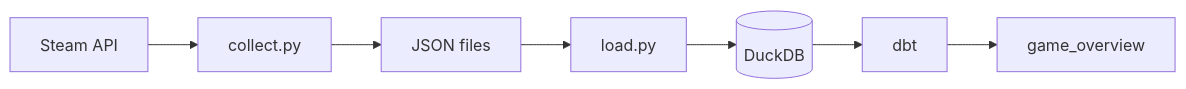
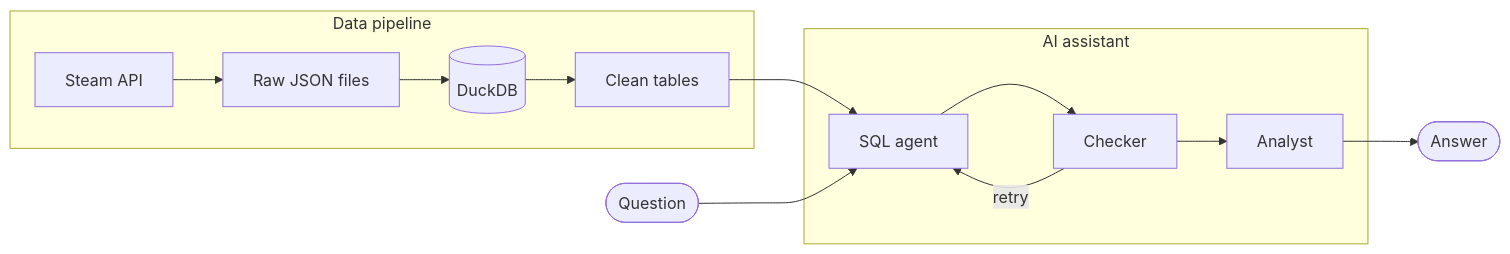
The diagram in README.md (batg099/Steam-Pipeline), drawn with Mermaid before and after one commit. The commit also changed other lines of this file, not shown here.

````diff
--- a/README.md
+++ b/README.md
@@ -9,9 +11,18 @@
 ```mermaid
 flowchart LR
-    A[Steam API] --> B[collect.py]
-    B --> C[JSON files]
-    C --> D[load.py]
-    D --> E[(DuckDB)]
-    E --> F[dbt]
-    F --> G[game_overview]
+    subgraph pipeline["Data pipeline"]
+        A[Steam API] --> B[Raw JSON files]
+        B --> C[(DuckDB)]
+        C --> D[Clean tables]
+    end
+
+    subgraph assistant["AI assistant"]
+        E[SQL agent] --> F[Checker]
+        F -->|retry| E
+        F --> G[Analyst]
+    end
+
+    D --> E
+    Q([Question]) --> E
+    G --> R([Answer])
 ```
````
